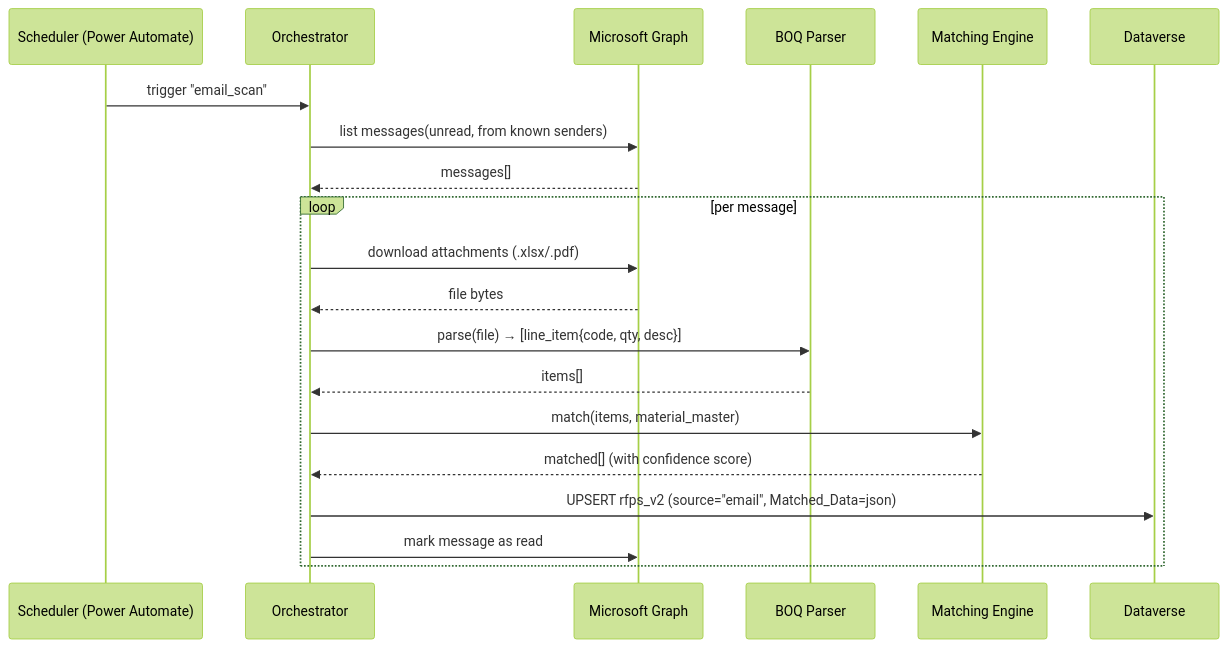
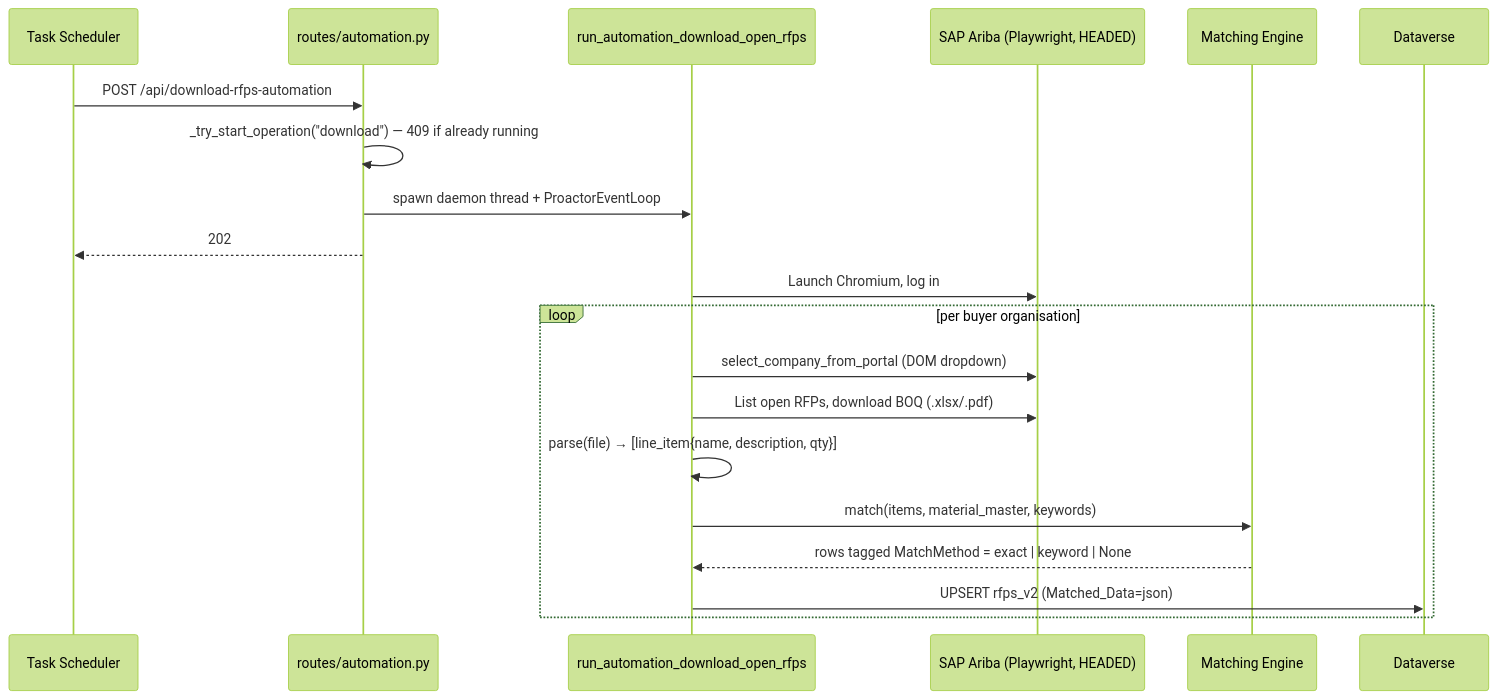
The third of 8 diagrams in docs/02-architecture/05-HLD-High-Level-Design.md (ManishDyna/RFP-Automation), drawn with Mermaid (forest theme) before and after one commit. The commit also changed other lines of this file and 24 other files, not shown here.

````diff
--- a/docs/02-architecture/05-HLD-High-Level-Design.md
+++ b/docs/02-architecture/05-HLD-High-Level-Design.md
@@ -120,23 +127,23 @@
 ```mermaid
 sequenceDiagram
-    participant S as Scheduler (Power Automate)
-    participant O as Orchestrator
-    participant G as Microsoft Graph
-    participant P as BOQ Parser
+    participant S as Task Scheduler
+    participant R as routes/automation.py
+    participant O as run_automation_download_open_rfps
+    participant P as SAP Ariba (Playwright, HEADED)
     participant M as Matching Engine
     participant DV as Dataverse
 
-    S->>O: trigger "email_scan"
-    O->>G: list messages(unread, from known senders)
-    G-->>O: messages[]
-    loop per message
-        O->>G: download attachments (.xlsx/.pdf)
-        G-->>O: file bytes
-        O->>P: parse(file) → [line_item{code, qty, desc}]
-        P-->>O: items[]
-        O->>M: match(items, material_master)
-        M-->>O: matched[] (with confidence score)
-        O->>DV: UPSERT rfps_v2 (source="email", Matched_Data=json)
-        O->>G: mark message as read
+    S->>R: POST /api/download-rfps-automation
+    R->>R: _try_start_operation("download") — 409 if already running
+    R->>O: spawn daemon thread + ProactorEventLoop
+    R-->>S: 202
+    O->>P: Launch Chromium, log in
+    loop per buyer organisation
+        O->>P: select_company_from_portal (DOM dropdown)
+        O->>P: List open RFPs, download BOQ (.xlsx/.pdf)
+        O->>O: parse(file) → [line_item{name, description, qty}]
+        O->>M: match(items, material_master, keywords)
+        M-->>O: rows tagged MatchMethod = exact | keyword | None
+        O->>DV: UPSERT rfps_v2 (Matched_Data=json)
     end
 ```
````
